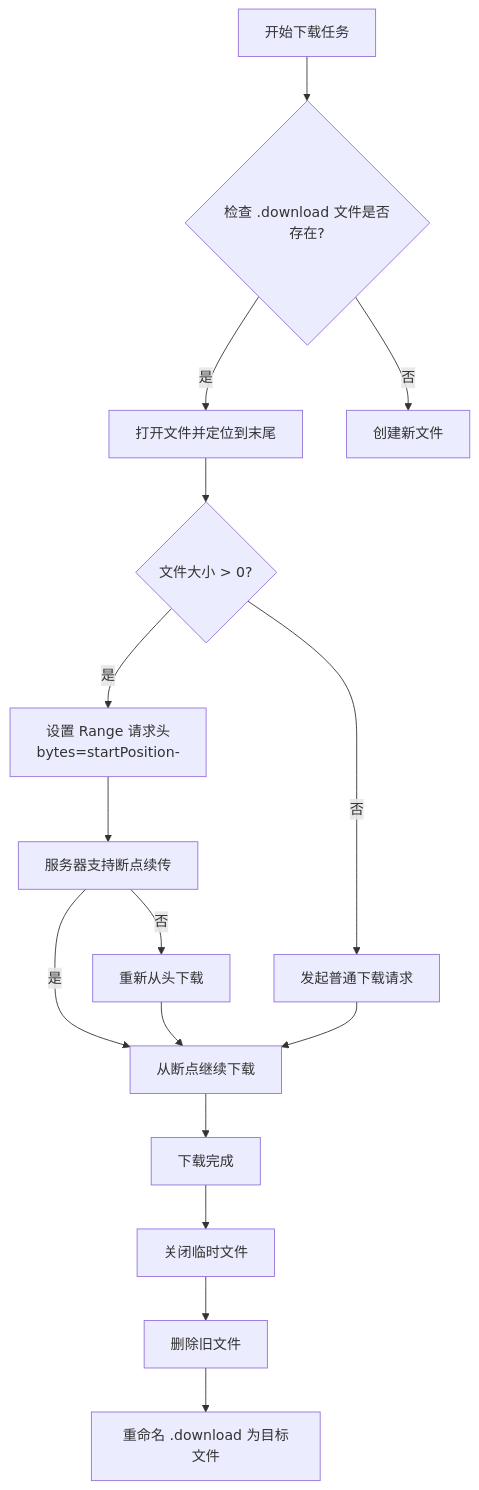
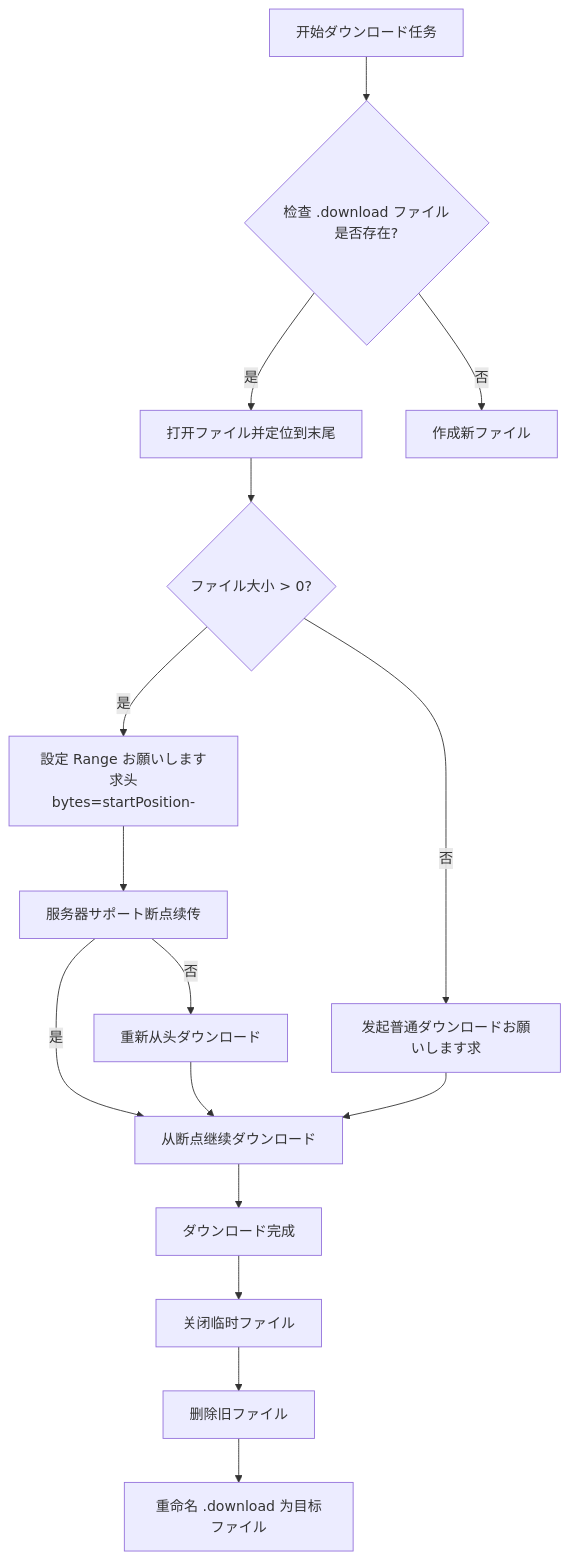
The fourth of 5 diagrams in docs/ja/client/unity/component/download/05.architecture.md (AlianBlank/GameFrameX.Docs), drawn with Mermaid before and after one commit. The commit also changed other lines of this file and 603 other files, not shown here.

````diff
--- a/docs/ja/client/unity/component/download/05.architecture.md
+++ b/docs/ja/client/unity/component/download/05.architecture.md
@@ -245,22 +245,22 @@
 ```mermaid
 flowchart TD
-    A[开始下载任务] --> B{检查 .download 文件是否存在?}
-    B -->|是| C[打开文件并定位到末尾]
-    B -->|否| D[创建新文件]
+    A[开始ダウンロード任务] --> B{检查 .download ファイル是否存在?}
+    B -->|是| C[打开ファイル并定位到末尾]
+    B -->|否| D[作成新ファイル]
     
-    C --> E{文件大小 > 0?}
-    E -->|是| F[设置 Range 请求头<br/>bytes=startPosition-]
-    E -->|否| G[发起普通下载请求]
+    C --> E{ファイル大小 > 0?}
+    E -->|是| F[設定 Range お願いします求头<br/>bytes=startPosition-]
+    E -->|否| G[发起普通ダウンロードお願いします求]
     
-    F --> H[服务器支持断点续传]
-    H -->|是| I[从断点继续下载]
-    H -->|否| J[重新从头下载]
+    F --> H[服务器サポート断点续传]
+    H -->|是| I[从断点继续ダウンロード]
+    H -->|否| J[重新从头ダウンロード]
     
     G --> I
     J --> I
     
-    I --> K[下载完成]
-    K --> L[关闭临时文件]
-    L --> M[删除旧文件]
-    M --> N[重命名 .download 为目标文件]
+    I --> K[ダウンロード完成]
+    K --> L[关闭临时ファイル]
+    L --> M[删除旧ファイル]
+    M --> N[重命名 .download 为目标ファイル]
 ```
````
